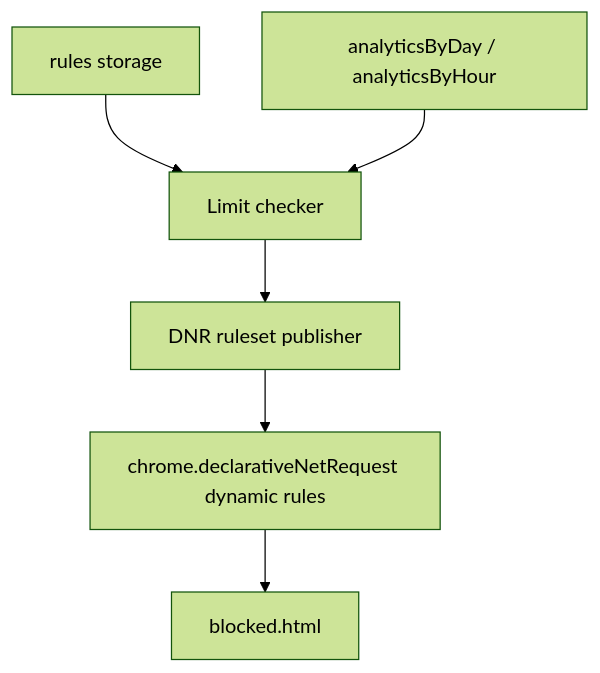
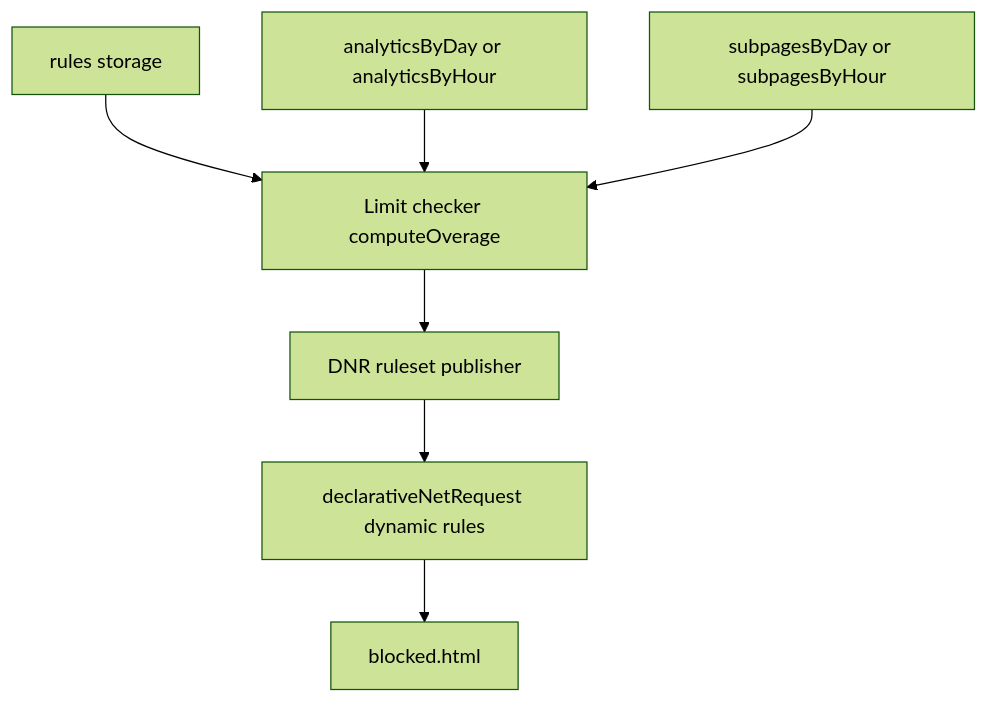
One commit to Plushly-Interactive/CoralClock changed the diagram in docs/features/enforcement.md. Above: the diagram before and after it, drawn with Mermaid (forest theme). The commit also changed other lines of this file, not shown here.

````diff
--- a/docs/features/enforcement.md
+++ b/docs/features/enforcement.md
@@ -26,15 +61,17 @@
 ```mermaid
 flowchart TD
   rules[rules storage]
-  analytics[analyticsByDay / analyticsByHour]
-  checker[Limit checker]
+  analytics[analyticsByDay or analyticsByHour]
+  subpages[subpagesByDay or subpagesByHour]
+  checker[Limit checker computeOverage]
   publisher[DNR ruleset publisher]
-  dnr[chrome.declarativeNetRequest dynamic rules]
+  dnr[declarativeNetRequest dynamic rules]
   blocked[blocked.html]
 
   rules --> checker
   analytics --> checker
+  subpages --> checker
   checker --> publisher
   publisher --> dnr
   dnr --> blocked
 ```
````
